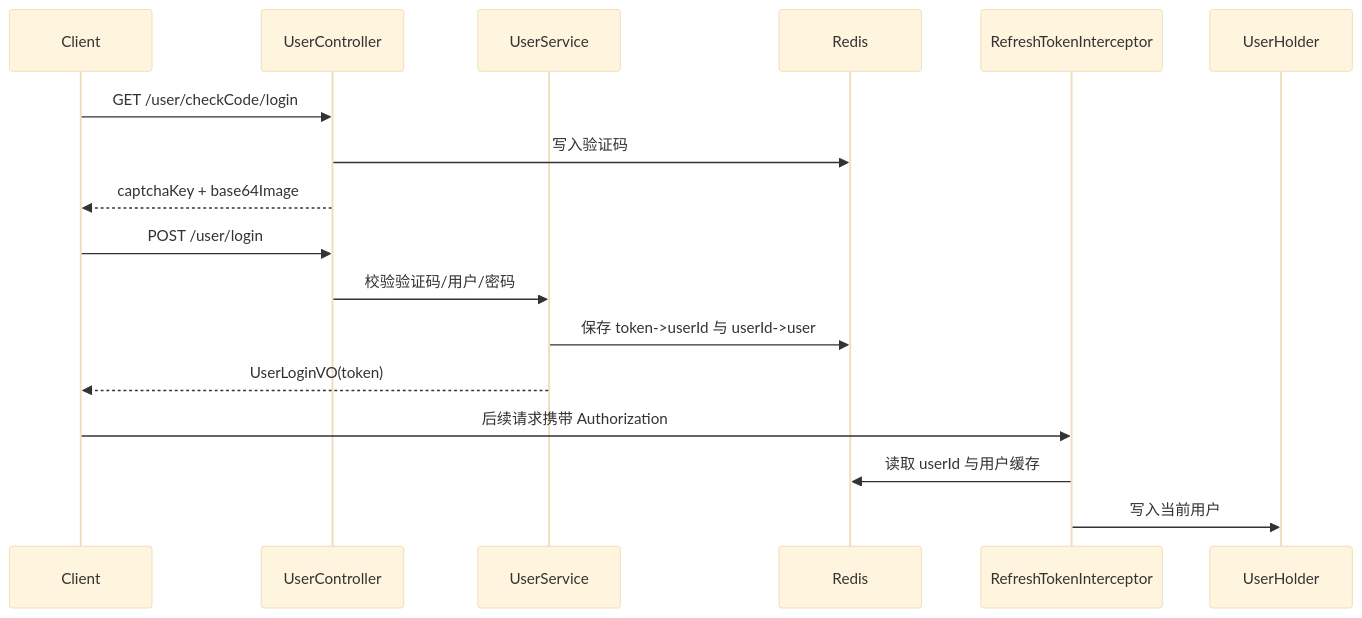
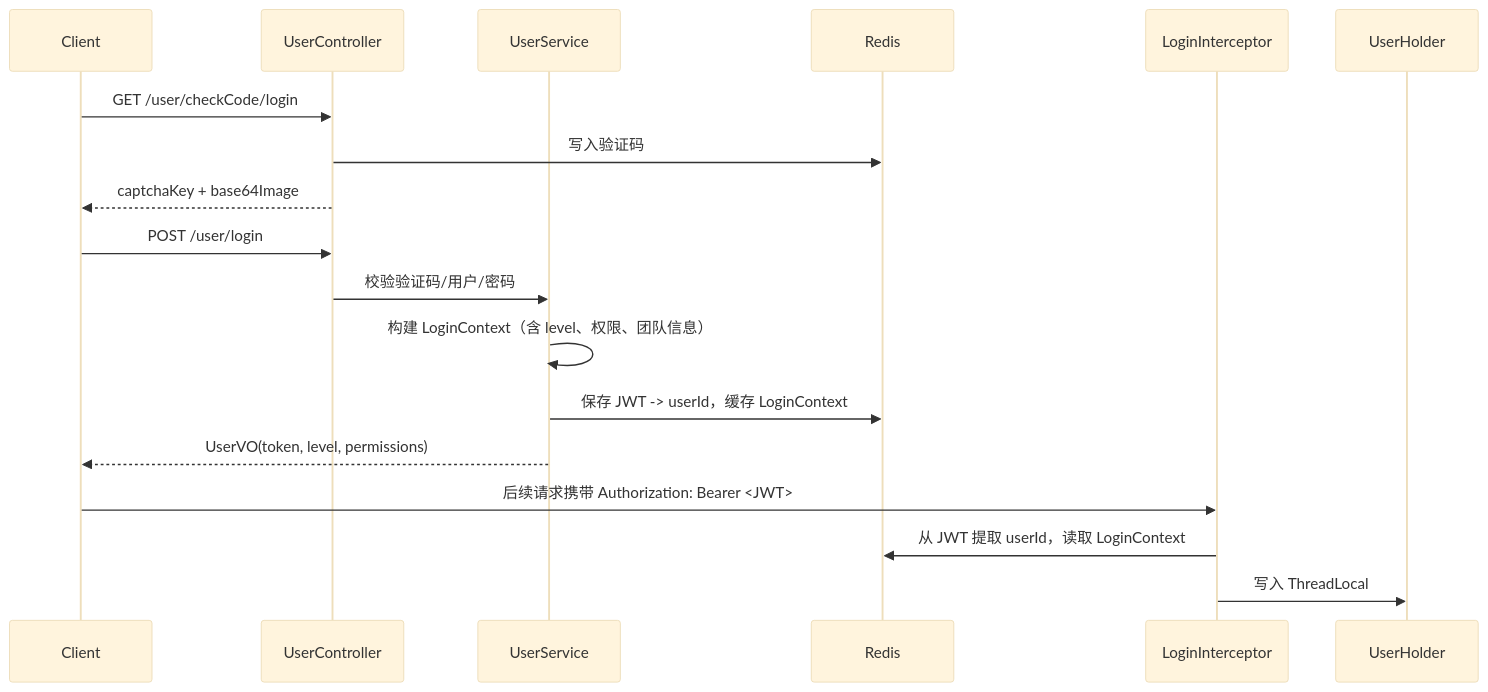
One commit to FishDuM/AI.Image.Material.Collaboration.Platform changed the fourth of 8 diagrams in model/uml_diagrams.md. Above: the diagram before and after it, drawn with Mermaid (base theme). The commit also changed other lines of this file and 150 other files, not shown here.

Commit message:
缩略图、分享链接功能片上传。修复2处并发竞态，修复各链路上的bug,引入websocket和disruptor无锁队列实现团队空间协同编辑

````diff
--- a/model/uml_diagrams.md
+++ b/model/uml_diagrams.md
@@ -684,20 +467,21 @@
 ```mermaid
 sequenceDiagram
     participant C as Client
     participant U as UserController
     participant S as UserService
     participant R as Redis
-    participant I as RefreshTokenInterceptor
+    participant I as LoginInterceptor
     participant H as UserHolder
 
     C->>U: GET /user/checkCode/login
     U->>R: 写入验证码
     U-->>C: captchaKey + base64Image
     C->>U: POST /user/login
     U->>S: 校验验证码/用户/密码
-    S->>R: 保存 token->userId 与 userId->user
-    S-->>C: UserLoginVO(token)
-    C->>I: 后续请求携带 Authorization
-    I->>R: 读取 userId 与用户缓存
-    I->>H: 写入当前用户
+    S->>S: 构建 LoginContext（含 level、权限、团队信息）
+    S->>R: 保存 JWT -> userId，缓存 LoginContext
+    S-->>C: UserVO(token, level, permissions)
+    C->>I: 后续请求携带 Authorization: Bearer <JWT>
+    I->>R: 从 JWT 提取 userId，读取 LoginContext
+    I->>H: 写入 ThreadLocal
 ```
````
